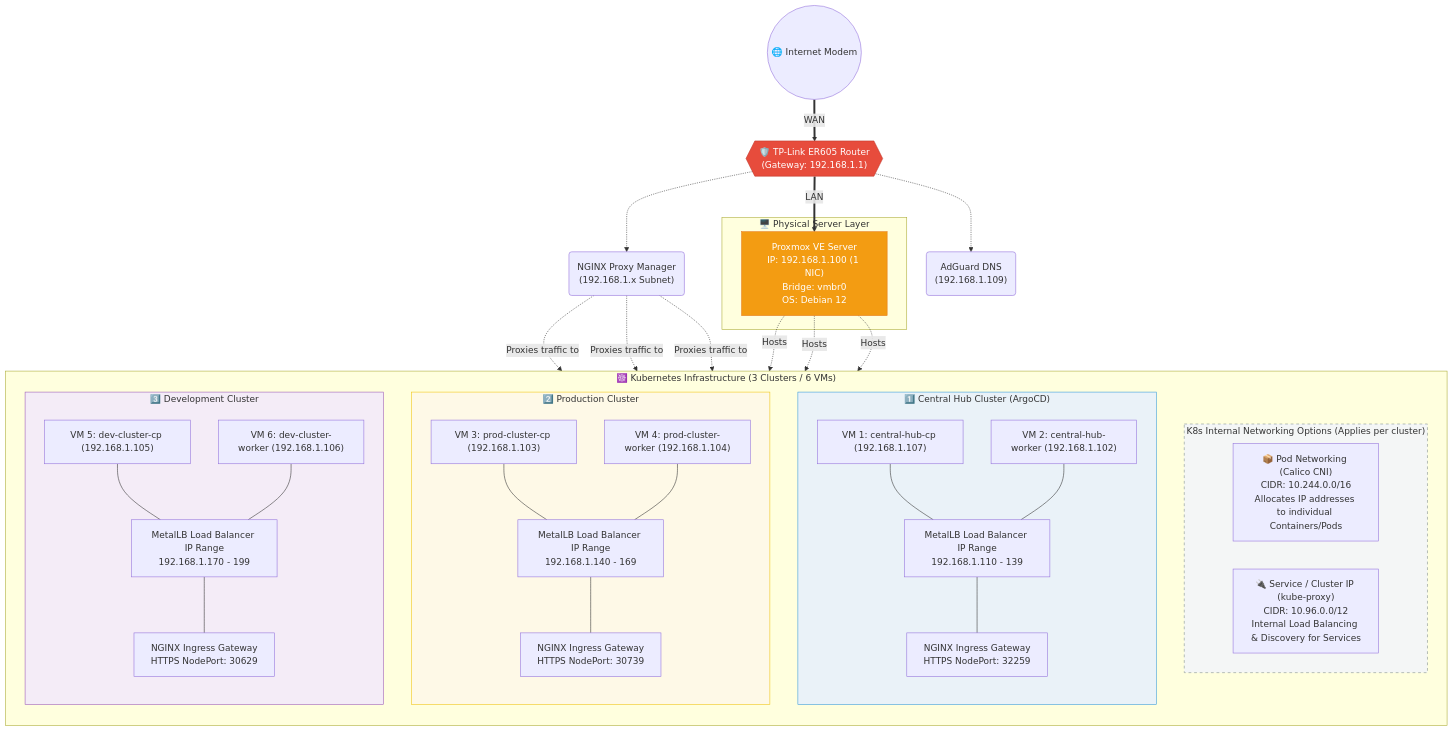
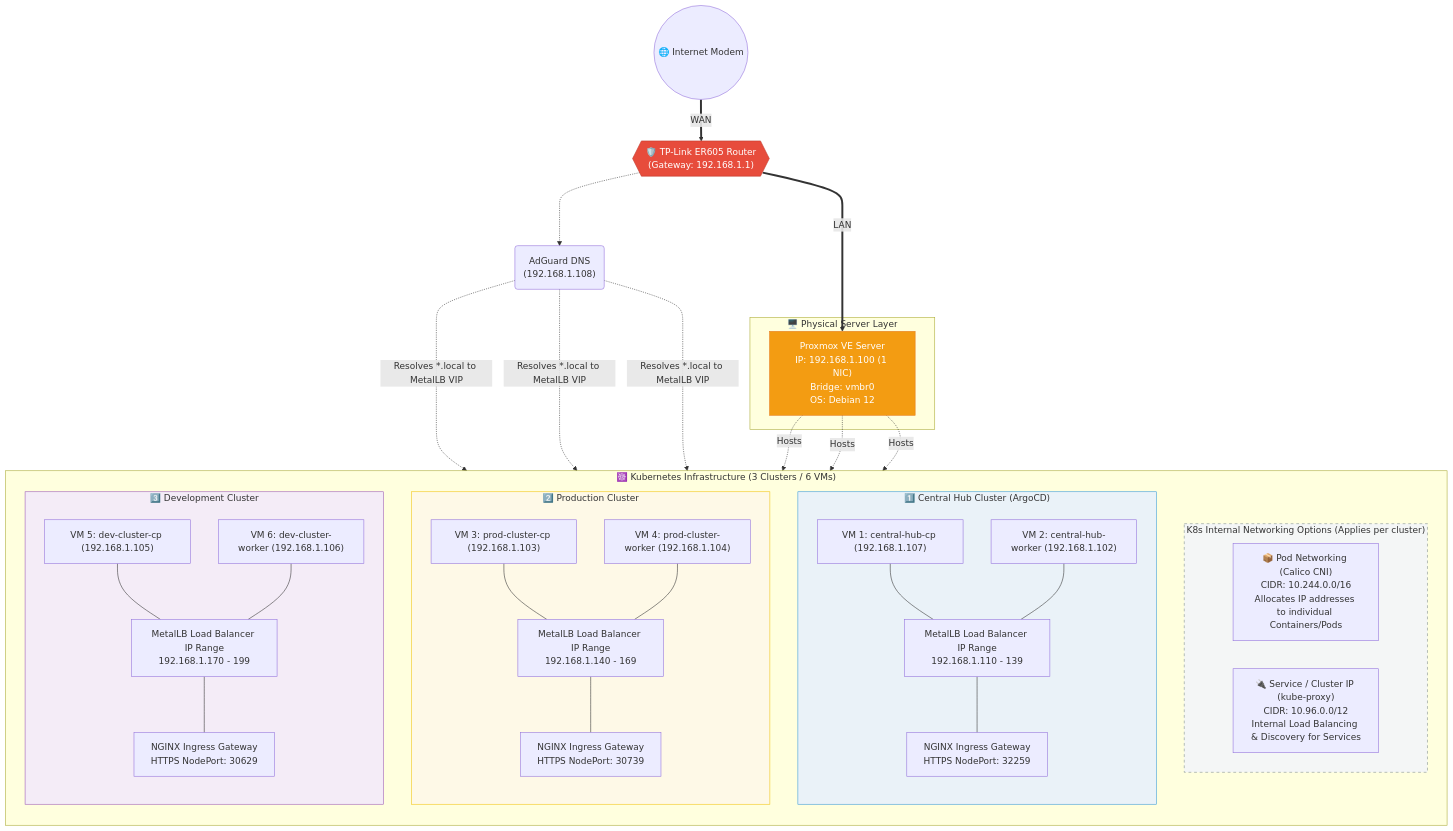
Before and after one commit to rgtdev95/kubernetes-journey: the diagram in project-information/diagrams/network-architecture.md, drawn with Mermaid. The commit also changed other lines of this file and 11 other files, not shown here.

Commit message:
feat: implement MetalLB ingress routing, add Argo Rollouts/Events configurations, and update project documentation.

````diff
--- a/project-information/diagrams/network-architecture.md
+++ b/project-information/diagrams/network-architecture.md
@@ -124,74 +128,72 @@
 ```mermaid
 flowchart TD
     %% Physical Layer
     Modem(("🌐 Internet Modem"))
     Router{{"🛡️ TP-Link ER605 Router<br>(Gateway: 192.168.1.1)"}}
     
     Modem ==> |"WAN"| Router
 
     %% Setup
     subgraph PhysicalServer ["🖥️ Physical Server Layer"]
         Proxmox["Proxmox VE Server<br>IP: 192.168.1.100 (1 NIC)<br>Bridge: vmbr0<br>OS: Debian 12"]
     end
 
     Router ==> |"LAN"| Proxmox
 
     subgraph KubernetesEnvironment ["☸️ Kubernetes Infrastructure (3 Clusters / 6 VMs)"]
         direction TB
 
         subgraph GlobalNet ["K8s Internal Networking Options (Applies per cluster)"]
             direction LR
             PodNet["📦 Pod Networking (Calico CNI)<br>CIDR: 10.244.0.0/16<br>Allocates IP addresses to individual Containers/Pods"]
             ClusterIP["🔌 Service / Cluster IP (kube-proxy)<br>CIDR: 10.96.0.0/12<br>Internal Load Balancing & Discovery for Services"]
         end
 
         subgraph Cluster1 ["1️⃣ Central Hub Cluster (ArgoCD)"]
             direction TB
             Node1_CP["VM 1: central-hub-cp (192.168.1.107)"]
             Node1_W["VM 2: central-hub-worker (192.168.1.102)"]
             MLB1["MetalLB Load Balancer IP Range<br>192.168.1.110 - 139"]
             Ingress1["NGINX Ingress Gateway<br>HTTPS NodePort: 32259"]
             Node1_CP & Node1_W --- MLB1 --- Ingress1
         end
 
         subgraph Cluster2 ["2️⃣ Production Cluster"]
             direction TB
             Node2_CP["VM 3: prod-cluster-cp (192.168.1.103)"]
             Node2_W["VM 4: prod-cluster-worker (192.168.1.104)"]
             MLB2["MetalLB Load Balancer IP Range<br>192.168.1.140 - 169"]
             Ingress2["NGINX Ingress Gateway<br>HTTPS NodePort: 30739"]
             Node2_CP & Node2_W --- MLB2 --- Ingress2
         end
 
         subgraph Cluster3 ["3️⃣ Development Cluster"]
             direction TB
             Node3_CP["VM 5: dev-cluster-cp (192.168.1.105)"]
             Node3_W["VM 6: dev-cluster-worker (192.168.1.106)"]
             MLB3["MetalLB Load Balancer IP Range<br>192.168.1.170 - 199"]
             Ingress3["NGINX Ingress Gateway<br>HTTPS NodePort: 30629"]
             Node3_CP & Node3_W --- MLB3 --- Ingress3
         end
     end
 
     Proxmox -.-> |"Hosts"| Cluster1
     Proxmox -.-> |"Hosts"| Cluster2
     Proxmox -.-> |"Hosts"| Cluster3
 
     %% Note for Reverse Proxy & AdGuard
-    NPM("NGINX Proxy Manager<br>(192.168.1.x Subnet)")
-    AdGuard("AdGuard DNS<br>(192.168.1.109)")
+    AdGuard("AdGuard DNS\n(192.168.1.108)")
     
-    Router -.-> AdGuard
-    Router -.-> NPM
-    NPM -.-> |"Proxies traffic to"| Ingress1
-    NPM -.-> |"Proxies traffic to"| Ingress2
-    NPM -.-> |"Proxies traffic to"| Ingress3
+    Router -..-> AdGuard
+    AdGuard -..-> |"Resolves *.local to MetalLB VIP"| MLB1
+    AdGuard -..-> |"Resolves *.local to MetalLB VIP"| MLB2
+    AdGuard -..-> |"Resolves *.local to MetalLB VIP"| MLB3
 
     %% Styling
     style GlobalNet fill:#f4f6f6,stroke:#7f8c8d,stroke-dasharray: 5 5
     style Cluster1 fill:#eaf2f8,stroke:#3498db
     style Cluster2 fill:#fef9e7,stroke:#f1c40f
     style Cluster3 fill:#f4ecf7,stroke:#9b59b6
     style Proxmox fill:#f39c12,stroke:#e67e22,color:#fff
     style Router fill:#e74c3c,stroke:#c0392b,color:#fff
 ```
````
